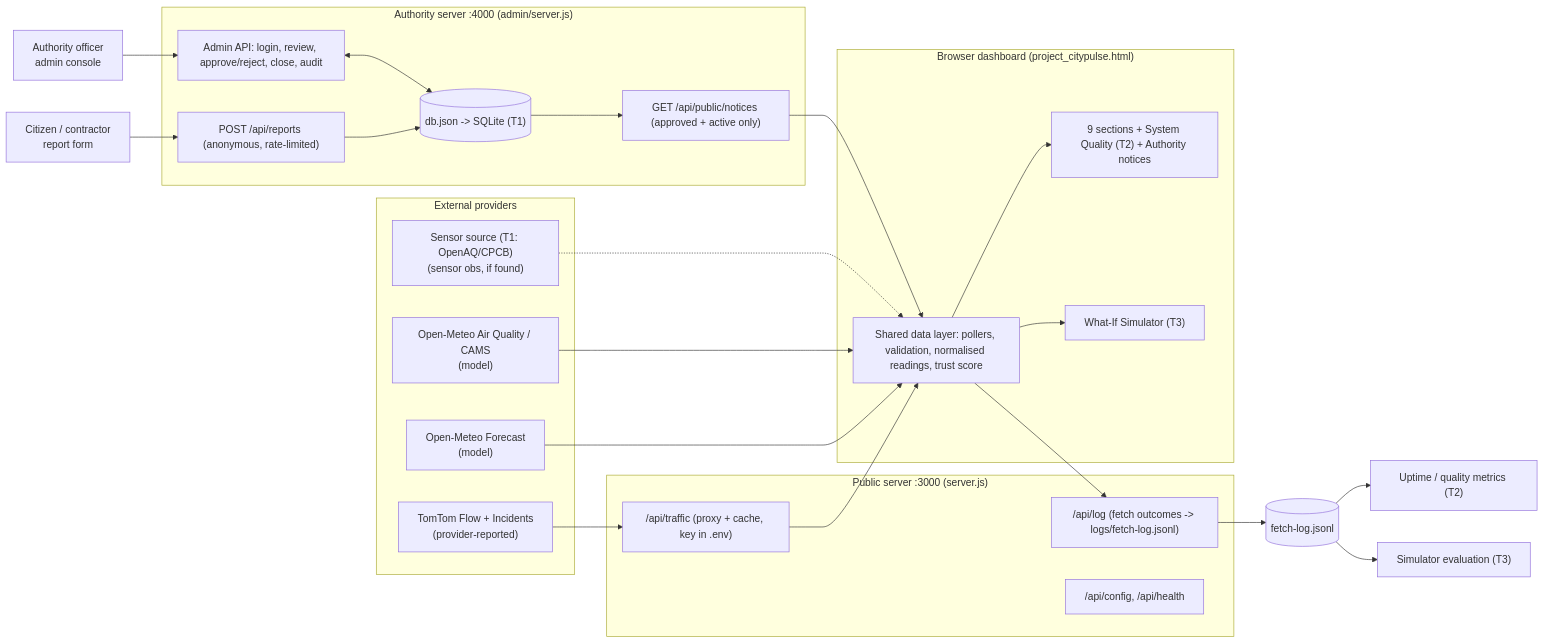
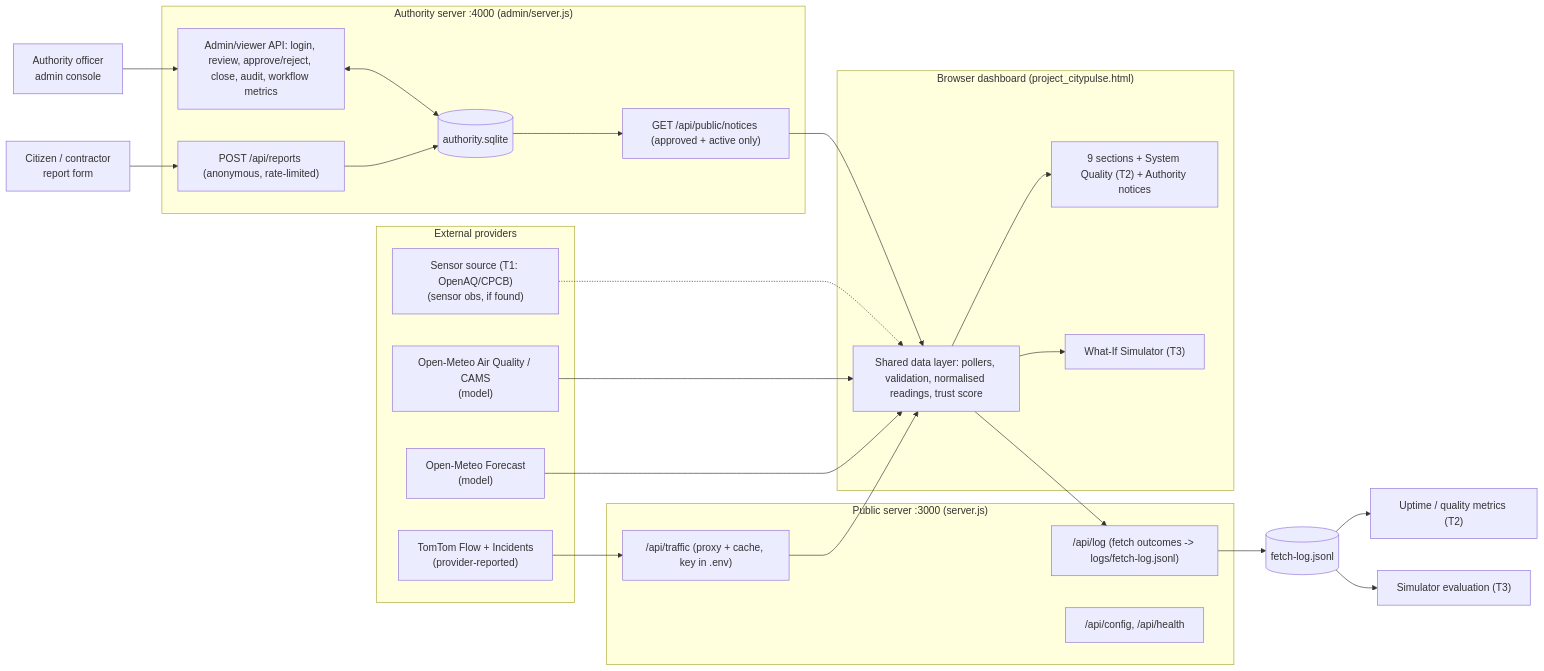
One commit to shivanimnair28-arch/CITY_PULSE1 changed the diagram in docs/ARCHITECTURE.md. Above: the diagram before and after it, drawn with Mermaid. The commit also changed 10 other files, not shown here.

````diff
--- a/docs/ARCHITECTURE.md
+++ b/docs/ARCHITECTURE.md
@@ -3,41 +3,41 @@
 ```mermaid
 flowchart LR
   subgraph Providers["External providers"]
     OM["Open-Meteo Forecast\n(model)"]
     AQ["Open-Meteo Air Quality / CAMS\n(model)"]
     TT["TomTom Flow + Incidents\n(provider-reported)"]
     SN["Sensor source (T1: OpenAQ/CPCB)\n(sensor obs, if found)"]
   end
   subgraph Public["Public server :3000 (server.js)"]
     P1["/api/traffic (proxy + cache, key in .env)"]
     P2["/api/log (fetch outcomes -> logs/fetch-log.jsonl)"]
     P3["/api/config, /api/health"]
   end
   subgraph Auth["Authority server :4000 (admin/server.js)"]
     A1["POST /api/reports (anonymous, rate-limited)"]
-    A2["Admin API: login, review, approve/reject, close, audit"]
+    A2["Admin/viewer API: login, review, approve/reject, close, audit, workflow metrics"]
     A3["GET /api/public/notices (approved + active only)"]
-    DB[("db.json -> SQLite (T1)")]
+    DB[("authority.sqlite")]
   end
   subgraph Web["Browser dashboard (project_citypulse.html)"]
     DL["Shared data layer: pollers, validation, normalised readings, trust score"]
     UI["9 sections + System Quality (T2) + Authority notices"]
     SIM["What-If Simulator (T3)"]
   end
   Citizen["Citizen / contractor\nreport form"] --> A1
   Officer["Authority officer\nadmin console"] --> A2
   A1 --> DB
   A2 <--> DB
   DB --> A3
   OM --> DL
   AQ --> DL
   TT --> P1 --> DL
   SN -.-> DL
   A3 --> DL
   DL --> UI
   DL --> SIM
   DL --> P2
   P2 --> LOG[("fetch-log.jsonl")]
   LOG --> M["Uptime / quality metrics (T2)"]
   LOG --> V["Simulator evaluation (T3)"]
 ```
````
